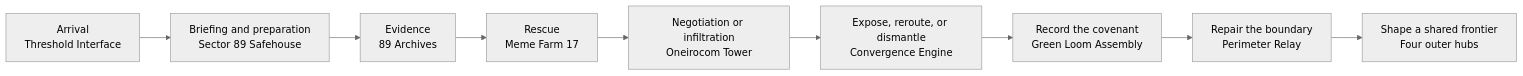
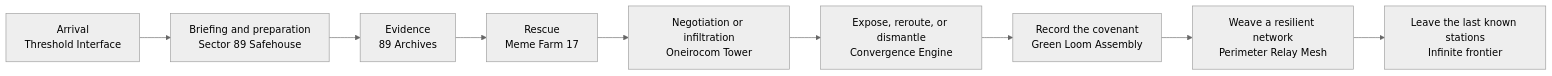
One commit to cenetex/cosyworld changed the first of 8 diagrams in docs/worldpacks/project-89-content-review.md. Above: the diagram before and after it, drawn with Mermaid (neutral theme). The commit also changed other lines of this file and 3 other files, not shown here.

````diff
--- a/docs/worldpacks/project-89-content-review.md
+++ b/docs/worldpacks/project-89-content-review.md
@@ -48,11 +48,11 @@
 ```mermaid
 flowchart LR
   A["Arrival<br/>Threshold Interface"] --> B["Briefing and preparation<br/>Sector 89 Safehouse"]
   B --> C["Evidence<br/>89 Archives"]
   C --> D["Rescue<br/>Meme Farm 17"]
   D --> E["Negotiation or infiltration<br/>Oneirocom Tower"]
   E --> F["Expose, reroute, or dismantle<br/>Convergence Engine"]
   F --> G["Record the covenant<br/>Green Loom Assembly"]
-  G --> H["Repair the boundary<br/>Perimeter Relay"]
-  H --> I["Shape a shared frontier<br/>Four outer hubs"]
+  G --> H["Weave a resilient network<br/>Perimeter Relay Mesh"]
+  H --> I["Leave the last known stations<br/>Infinite frontier"]
 ```
````
